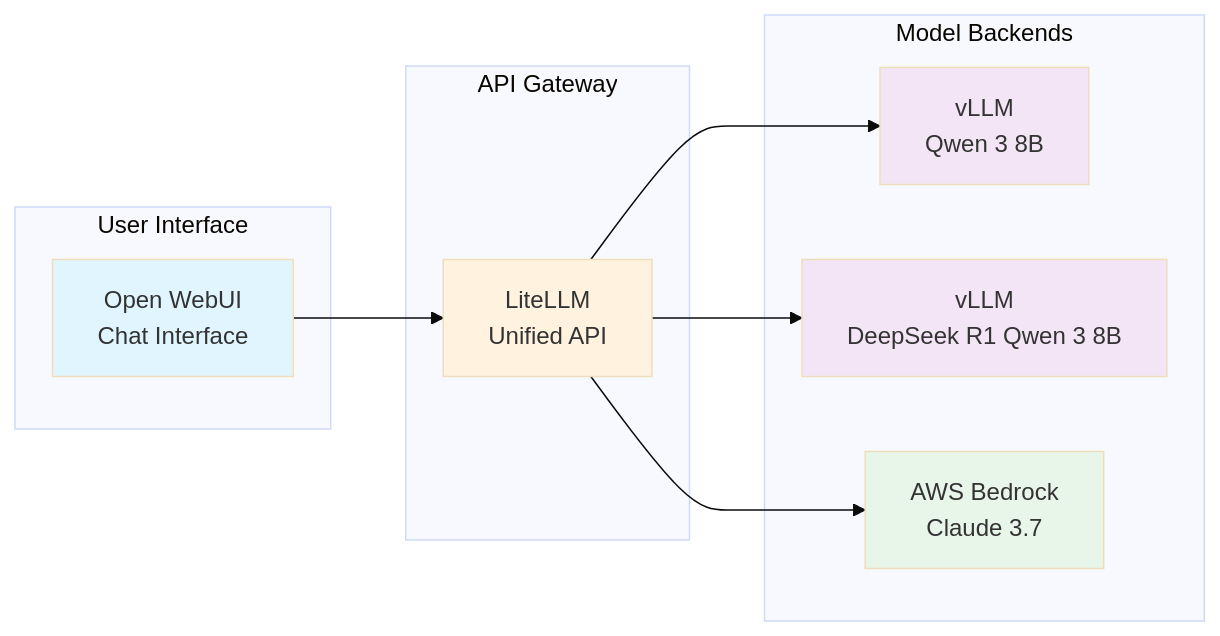
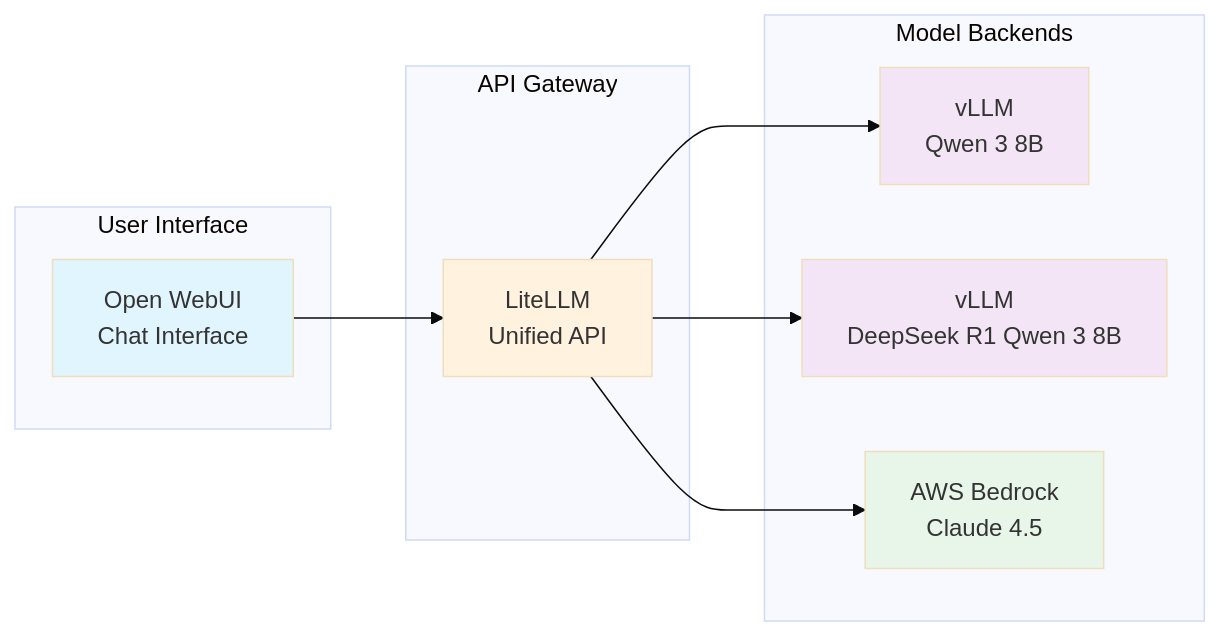
Before and after one commit to aws-samples/sample-genai-on-eks-starter-kit: the diagram in workshops/eks-genai-workshop/content/module1-interacting-with-models/index.en.md, drawn with Mermaid (base theme). The commit also changed other lines of this file and 26 other files, not shown here.

````diff
--- a/workshops/eks-genai-workshop/content/module1-interacting-with-models/index.en.md
+++ b/workshops/eks-genai-workshop/content/module1-interacting-with-models/index.en.md
@@ -33,27 +33,27 @@
 ```mermaid
 graph LR
     subgraph "User Interface"
         UI[Open WebUI<br/>Chat Interface]
     end
     
     subgraph "API Gateway"
         LLM[LiteLLM<br/>Unified API]
     end
     
     subgraph "Model Backends"
         VLLM[vLLM<br/>Qwen 3 8B]
         VLLMQ[vLLM<br/>DeepSeek R1 Qwen 3 8B]
-        BEDROCK[AWS Bedrock<br/>Claude 3.7]
+        BEDROCK[AWS Bedrock<br/>Claude 4.5]
     end
     
     UI --> LLM
     LLM --> VLLM
     LLM --> VLLMQ
     LLM --> BEDROCK
     
     style UI fill:#e1f5fe
     style LLM fill:#fff3e0
     style VLLM fill:#f3e5f5
     style VLLMQ fill:#f3e5f5
     style BEDROCK fill:#e8f5e9
 ```
````
